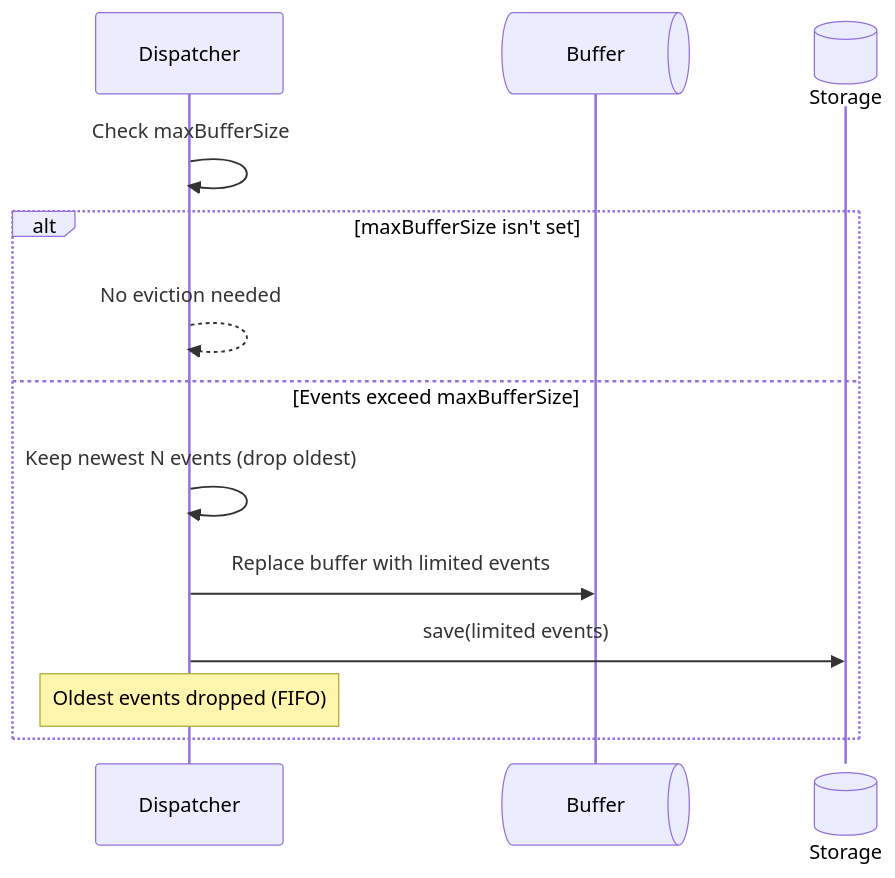
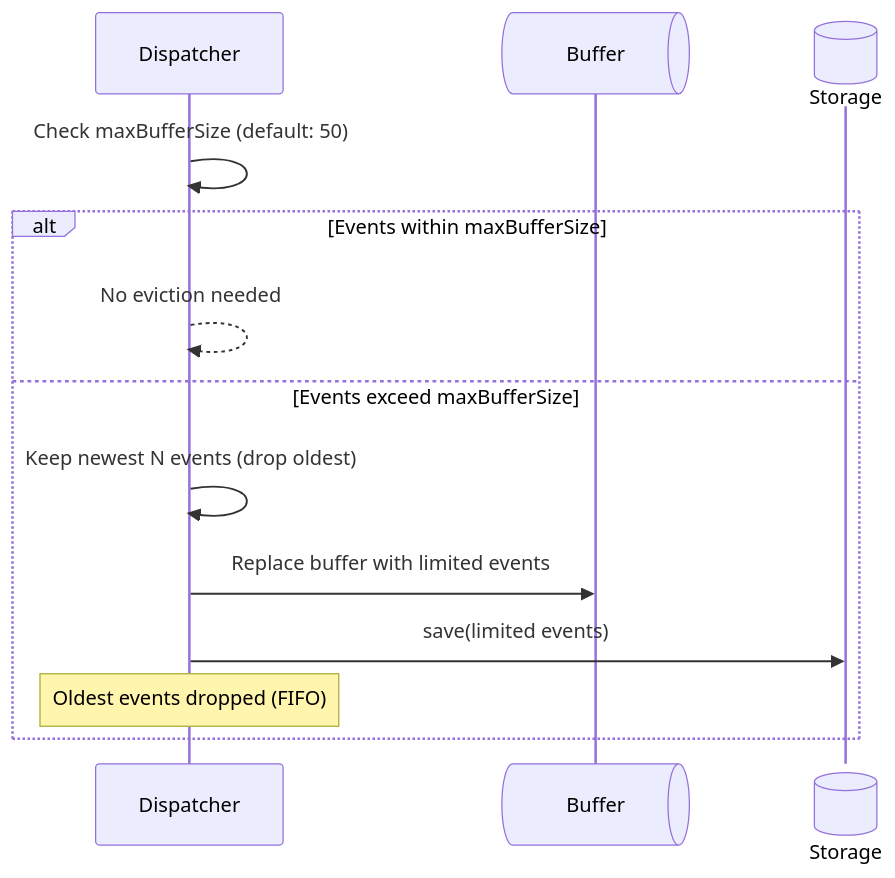
Before and after one commit to Tap30/ripple: the seventh of 9 diagrams in DESIGN_AND_CONTRACTS.md, drawn with Mermaid. The commit also changed other lines of this file and 4 other files, not shown here.

````diff
--- a/DESIGN_AND_CONTRACTS.md
+++ b/DESIGN_AND_CONTRACTS.md
@@ -397,16 +486,16 @@
 ```mermaid
 sequenceDiagram
     participant Dispatcher
     participant Buffer@{ "type" : "queue" }
     participant Storage@{ "type" : "database" }
 
-    Dispatcher->>Dispatcher: Check maxBufferSize
-    alt maxBufferSize isn't set
+    Dispatcher->>Dispatcher: Check maxBufferSize (default: 50)
+    alt Events within maxBufferSize
         Dispatcher-->>Dispatcher: No eviction needed
     else Events exceed maxBufferSize
         Dispatcher->>Dispatcher: Keep newest N events (drop oldest)
         Dispatcher->>Buffer: Replace buffer with limited events
         Dispatcher->>Storage: save(limited events)
         Note over Dispatcher: Oldest events dropped (FIFO)
     end
 ```
````
